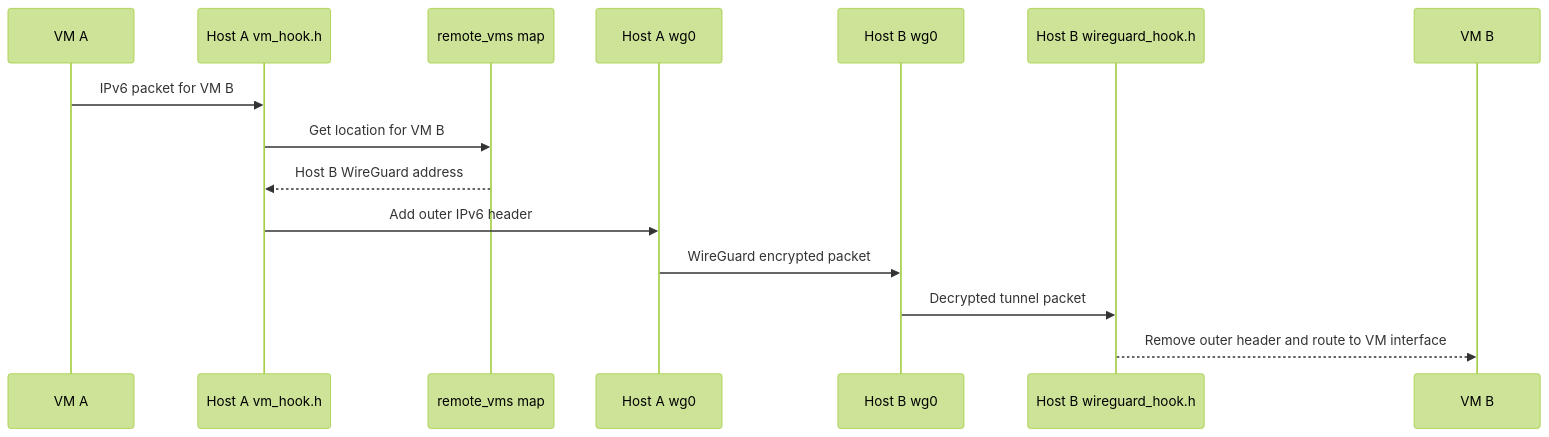
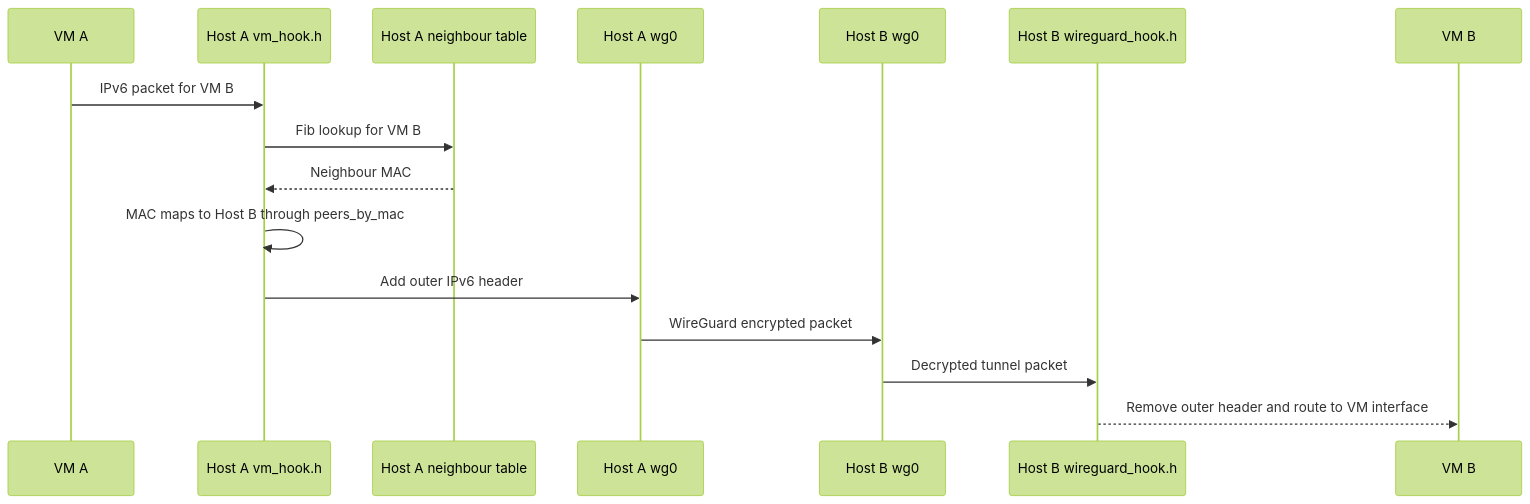
One commit to 20vikash/atlas changed the fourth of 5 diagrams in services/wg-mesh/docs/design.md. Above: the diagram before and after it, drawn with Mermaid (forest theme). The commit also changed other lines of this file and 20 other files, not shown here.

First line of the commit message:
feat(wg-mesh): Identify peers by MAC and use the WireGuard peer state

````diff
--- a/services/wg-mesh/docs/design.md
+++ b/services/wg-mesh/docs/design.md
@@ -171,18 +164,19 @@
 ```mermaid
 sequenceDiagram
     participant A as VM A
     participant HA as Host A vm_hook.h
-    participant R as remote_vms map
+    participant N as Host A neighbour table
     participant WGA as Host A wg0
     participant WGB as Host B wg0
     participant HB as Host B wireguard_hook.h
     participant B as VM B
 
     A->>HA: IPv6 packet for VM B
-    HA->>R: Get location for VM B
-    R-->>HA: Host B WireGuard address
+    HA->>N: Fib lookup for VM B
+    N-->>HA: Neighbour MAC
+    HA->>HA: MAC maps to Host B through peers_by_mac
     HA->>WGA: Add outer IPv6 header
     WGA->>WGB: WireGuard encrypted packet
     WGB->>HB: Decrypted tunnel packet
     HB-->>B: Remove outer header and route to VM interface
 ```
````
